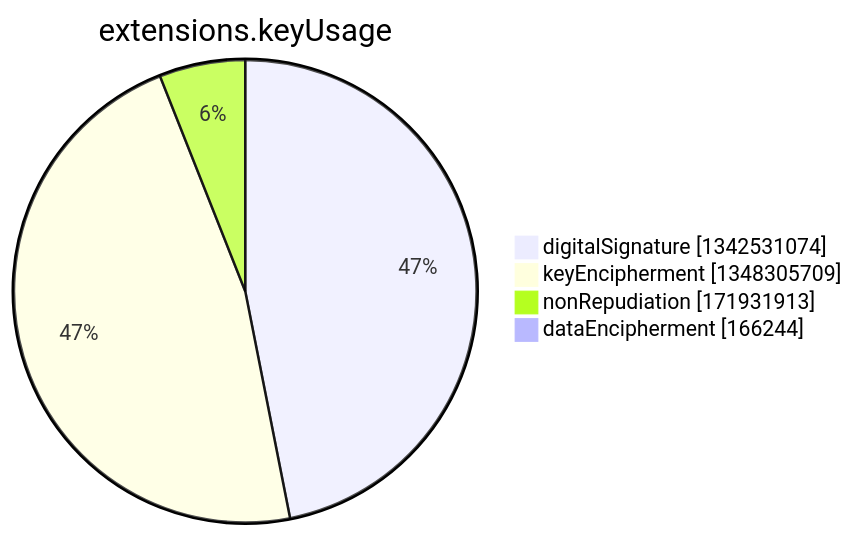
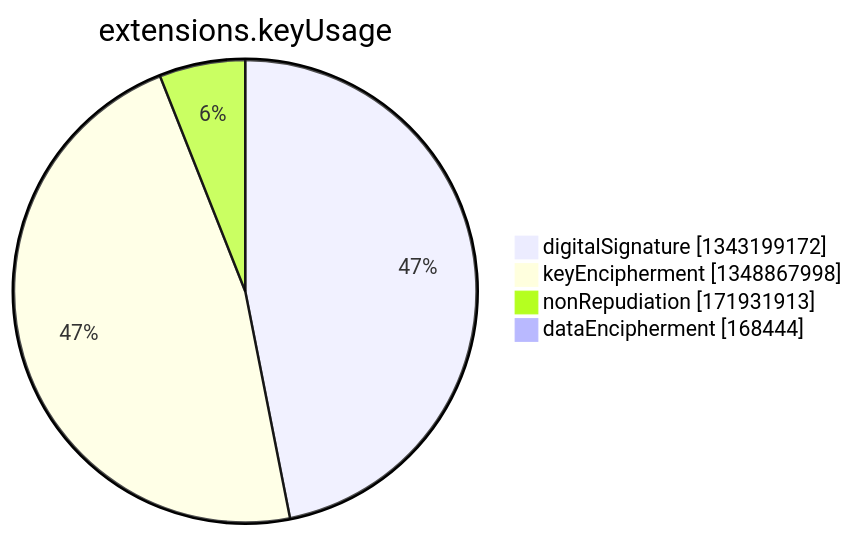
Before and after one commit to christiankrug/ctmonitor_visualization: the seventh of 15 diagrams in argon2022/README.md, drawn with Mermaid. The commit also changed other lines of this file, not shown here.

````diff
--- a/argon2022/README.md
+++ b/argon2022/README.md
@@ -2750,8 +2750,8 @@
 ```mermaid
 pie showData
 title extensions.keyUsage
-"digitalSignature" :1342531074
-"keyEncipherment" :1348305709
+"digitalSignature" :1343199172
+"keyEncipherment" :1348867998
 "nonRepudiation" :171931913
-"dataEncipherment" :166244
+"dataEncipherment" :168444
 ```
````
